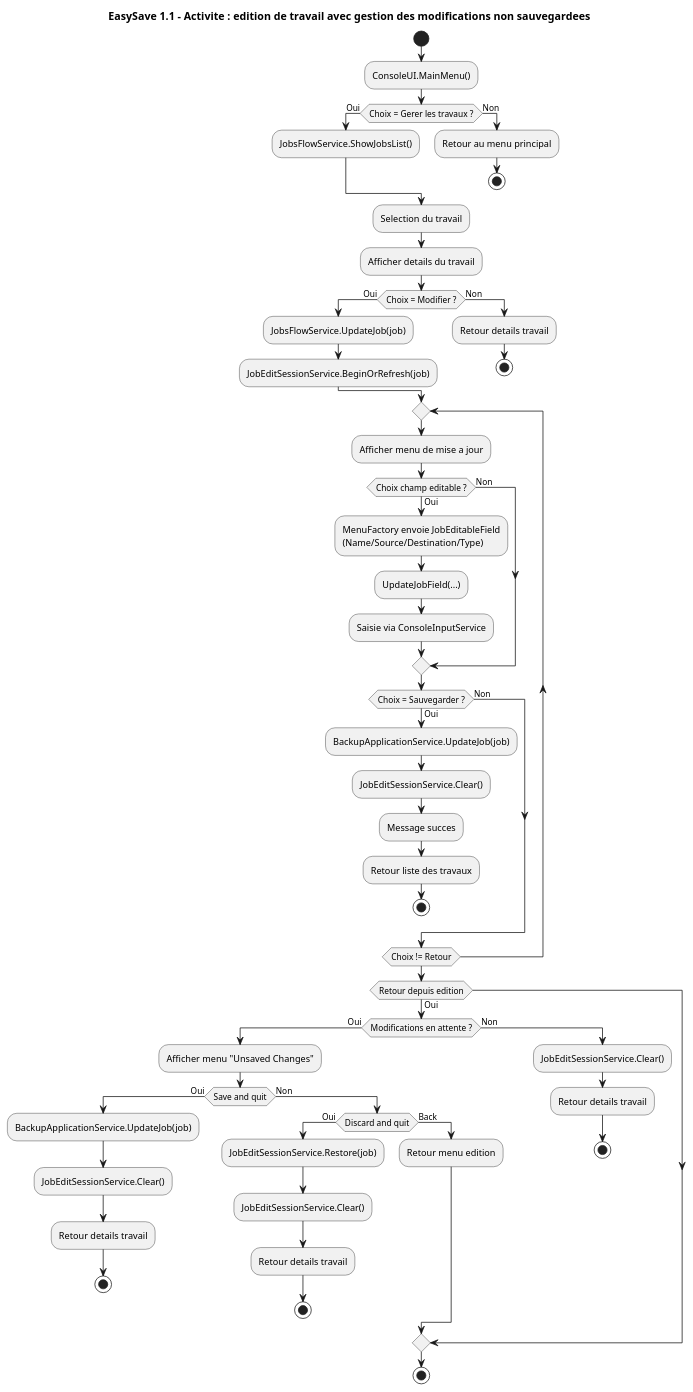
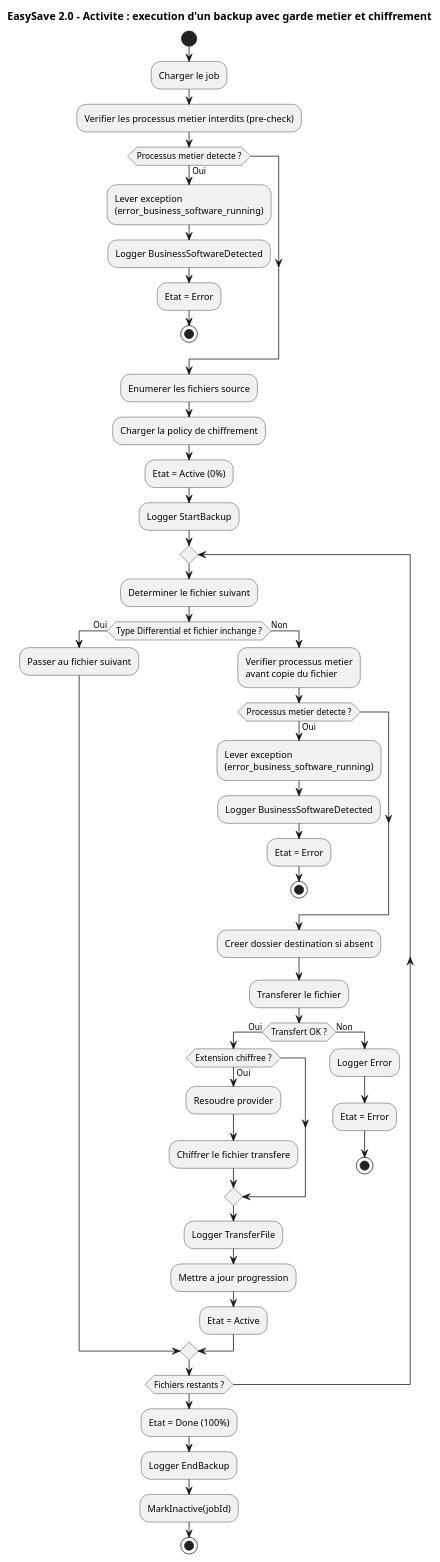
One commit to ant0rbtll/EasySave changed the diagram in docs/activity.puml. Above: the diagram before and after it, drawn with PlantUML. The commit also changed 5 other files, not shown here.

```diff
--- a/docs/activity.puml
+++ b/docs/activity.puml
@@ -1,74 +1,61 @@
 @startuml
-title EasySave 1.1 - Activite : edition de travail avec gestion des modifications non sauvegardees
+title EasySave 2.0 - Activite : execution d'un backup avec garde metier et chiffrement
 
 start
 
-:ConsoleUI.MainMenu();
+:Charger le job;
+:Verifier les processus metier interdits (pre-check);
 
-if (Choix = Gerer les travaux ?) then (Oui)
-  :JobsFlowService.ShowJobsList();
-else (Non)
-  :Retour au menu principal;
+if (Processus metier detecte ?) then (Oui)
+  :Lever exception
+(error_business_software_running);
+  :Logger BusinessSoftwareDetected;
+  :Etat = Error;
   stop
 endif
 
-:Selection du travail;
-:Afficher details du travail;
-
-if (Choix = Modifier ?) then (Oui)
-  :JobsFlowService.UpdateJob(job);
-  :JobEditSessionService.BeginOrRefresh(job);
-else (Non)
-  :Retour details travail;
-  stop
-endif
+:Enumerer les fichiers source;
+:Charger la policy de chiffrement;
+:Etat = Active (0%);
+:Logger StartBackup;
 
 repeat
-  :Afficher menu de mise a jour;
+  :Determiner le fichier suivant;
 
-  if (Choix champ editable ?) then (Oui)
-    :MenuFactory envoie JobEditableField\n(Name/Source/Destination/Type);
-    :UpdateJobField(...);
-    :Saisie via ConsoleInputService;
+  if (Type Differential et fichier inchange ?) then (Oui)
+    :Passer au fichier suivant;
   else (Non)
+    :Verifier processus metier\navant copie du fichier;
+    if (Processus metier detecte ?) then (Oui)
+      :Lever exception\n(error_business_software_running);
+      :Logger BusinessSoftwareDetected;
+      :Etat = Error;
+      stop
+    endif
+
+    :Creer dossier destination si absent;
+    :Transferer le fichier;
+
+    if (Transfert OK ?) then (Oui)
+      if (Extension chiffree ?) then (Oui)
+        :Resoudre provider;
+        :Chiffrer le fichier transfere;
+      endif
+      :Logger TransferFile;
+      :Mettre a jour progression;
+      :Etat = Active;
+    else (Non)
+      :Logger Error;
+      :Etat = Error;
+      stop
+    endif
   endif
 
-  if (Choix = Sauvegarder ?) then (Oui)
-    :BackupApplicationService.UpdateJob(job);
-    :JobEditSessionService.Clear();
-    :Message succes;
-    :Retour liste des travaux;
-    stop
-  else (Non)
-  endif
+repeat while (Fichiers restants ?)
 
-repeat while (Choix != Retour)
-
-if (Retour depuis edition) then (Oui)
-  if (Modifications en attente ?) then (Oui)
-    :Afficher menu "Unsaved Changes";
-
-    if (Save and quit) then (Oui)
-      :BackupApplicationService.UpdateJob(job);
-      :JobEditSessionService.Clear();
-      :Retour details travail;
-      stop
-    else (Non)
-      if (Discard and quit) then (Oui)
-        :JobEditSessionService.Restore(job);
-        :JobEditSessionService.Clear();
-        :Retour details travail;
-        stop
-      else (Back)
-        :Retour menu edition;
-      endif
-    endif
-  else (Non)
-    :JobEditSessionService.Clear();
-    :Retour details travail;
-    stop
-  endif
-endif
+:Etat = Done (100%);
+:Logger EndBackup;
+:MarkInactive(jobId);
 
 stop
 @enduml
```
